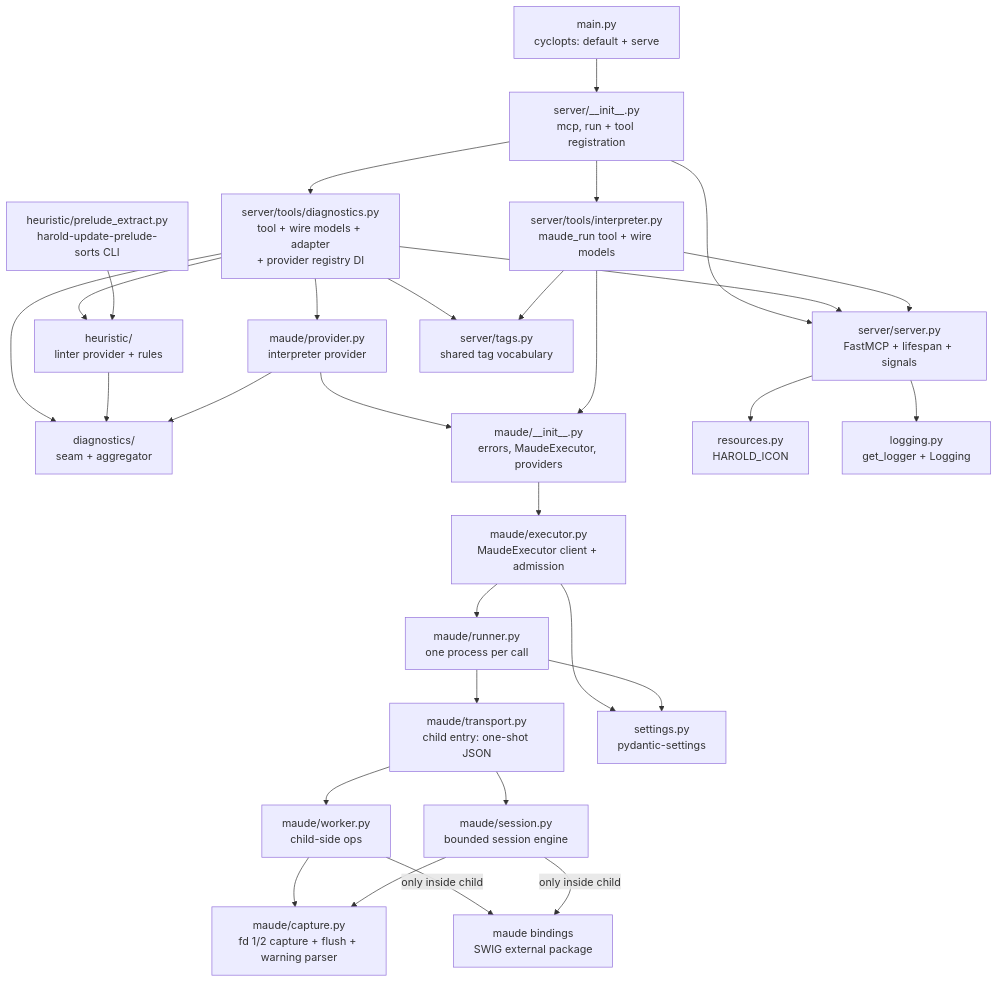
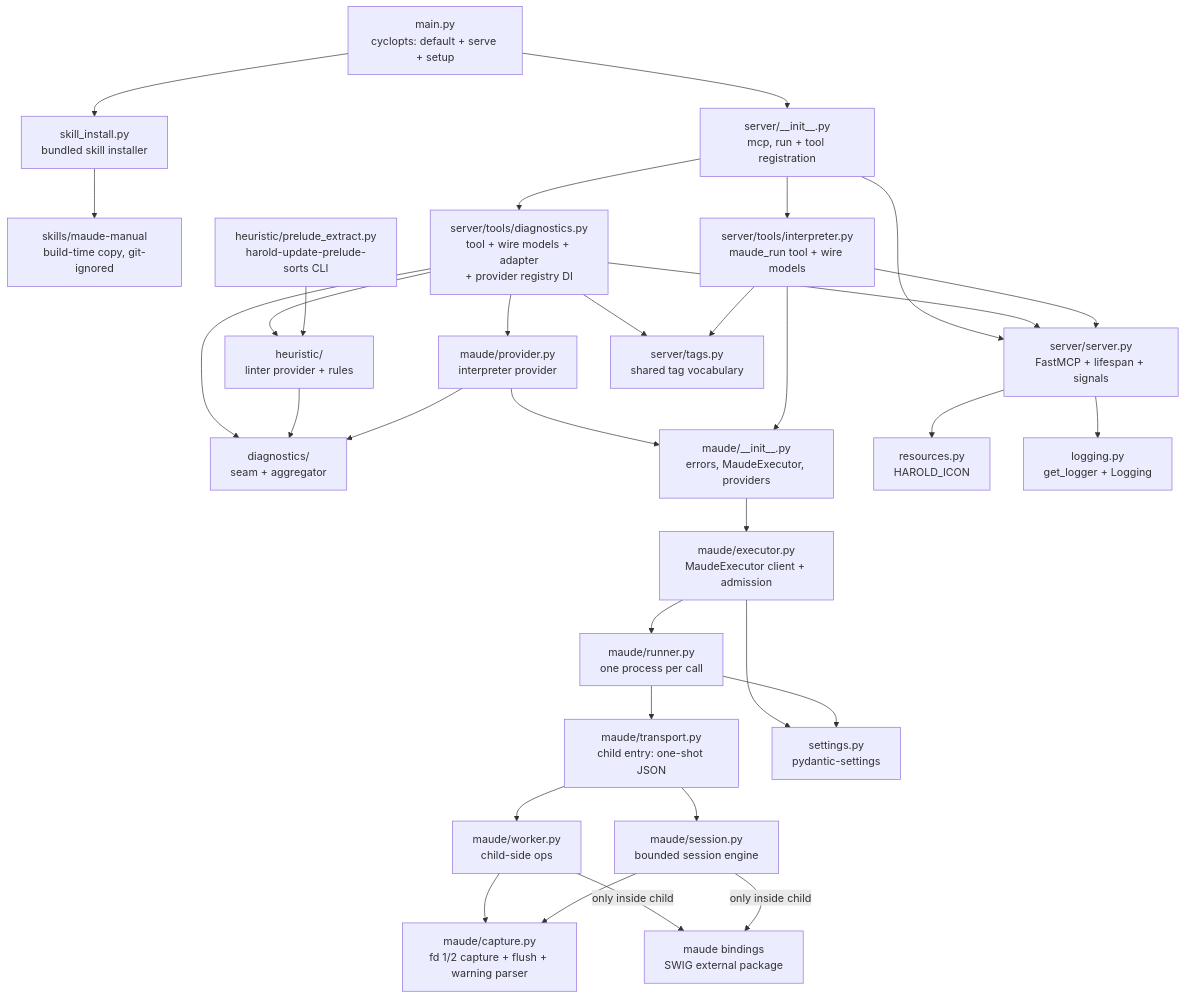
One commit to demiourgoi/Harold changed the first of 2 diagrams in harold-mcp/.agents/summary/architecture.md. Above: the diagram before and after it, drawn with Mermaid. The commit also changed other lines of this file and 10 other files, not shown here.

````diff
--- a/harold-mcp/.agents/summary/architecture.md
+++ b/harold-mcp/.agents/summary/architecture.md
@@ -42,34 +48,36 @@
 ```mermaid
 graph TB
-    main[main.py<br>cyclopts: default + serve] --> serverpkg[server/__init__.py<br>mcp, run + tool registration]
+    main[main.py<br>cyclopts: default + serve + setup] --> serverpkg[server/__init__.py<br>mcp, run + tool registration]
+    main --> skillinstall[skill_install.py<br>bundled skill installer]
+    skillinstall --> skillsdir[skills/maude-manual<br>build-time copy, git-ignored]
     serverpkg --> serversrv[server/server.py<br>FastMCP + lifespan + signals]
     tools[server/tools/diagnostics.py<br>tool + wire models + adapter<br>+ provider registry DI]
     ertool[server/tools/interpreter.py<br>maude_run tool + wire models]
     serverpkg --> tools
     serverpkg --> ertool
     tools --> diagpkg[diagnostics/<br>seam + aggregator]
     tools --> heurpkg[heuristic/<br>linter provider + rules]
     tools --> maudeprov[maude/provider.py<br>interpreter provider]
     tools --> serversrv
     ertool --> serversrv
     tools --> tags[server/tags.py<br>shared tag vocabulary]
     ertool --> tags
     heurpkg --> diagpkg
     maudeprov --> diagpkg
     maudeprov --> maudepkg[maude/__init__.py<br>errors, MaudeExecutor, providers]
     ertool --> maudepkg
     maudepkg --> executor[maude/executor.py<br>MaudeExecutor client + admission]
     executor --> runner[maude/runner.py<br>one process per call]
     runner --> transport[maude/transport.py<br>child entry: one-shot JSON]
     executor --> settings[settings.py<br>pydantic-settings]
     runner --> settings
     transport --> worker[maude/worker.py<br>child-side ops]
     transport --> session[maude/session.py<br>bounded session engine]
     worker --> capture[maude/capture.py<br>fd 1/2 capture + flush + warning parser]
     session --> capture
     worker -->|only inside child| bindings[maude bindings<br>SWIG external package]
     session -->|only inside child| bindings
     cli[heuristic/prelude_extract.py<br>harold-update-prelude-sorts CLI] --> heurpkg
     serversrv --> resources[resources.py<br>HAROLD_ICON]
     serversrv --> logging[logging.py<br>get_logger + Logging]
 ```
````
